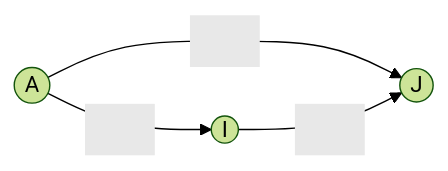
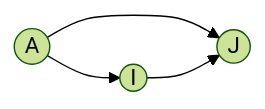
One commit to CHOYUNSIG/algorithm_with_boj changed the first of 3 diagrams in _posts/2024-01-07-bellman_ford.md. Above: the diagram before and after it, drawn with Mermaid (forest theme). The commit also changed 3 other files, not shown here.

```diff
--- a/_posts/2024-01-07-bellman_ford.md
+++ b/_posts/2024-01-07-bellman_ford.md
@@ -37,10 +37,10 @@
 <pre class="mermaid">
     graph LR
-    A -- <span class="mathjax mj1" style="display:inline-block; width: 50px; height: 30px"></span> --> I
-    A -- <span class="mathjax mj2" style="display:inline-block; width: 50px; height: 30px"></span> --> J
-    I -- <span class="mathjax mj3" style="display:inline-block; width: 50px; height: 30px"></span> --> J
+    A -- <span class="mathjax mj1"></span> --> I
+    A -- <span class="mathjax mj2"></span> --> J
+    I -- <span class="mathjax mj3"></span> --> J
 
     A((A))
     I((I))
     J((J))
 </pre>
```
